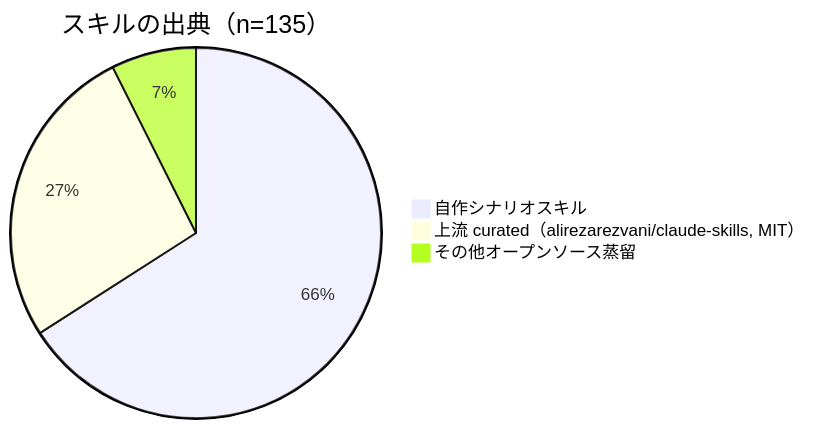
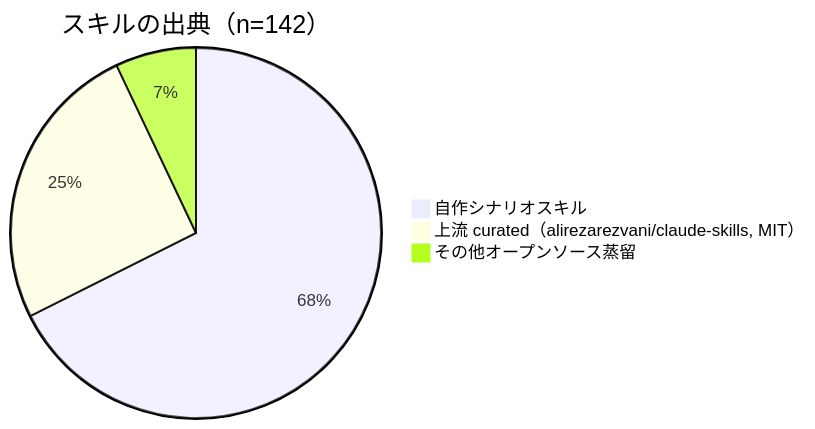
The second of 3 diagrams in README.ja.md (Morningstar202604/awesome-skillkit), drawn with Mermaid before and after one commit. The commit also changed other lines of this file and 13 other files, not shown here.

````diff
--- a/README.ja.md
+++ b/README.ja.md
@@ -44,6 +44,6 @@
 ```mermaid
-pie title スキルの出典（n=135）
-    "自作シナリオスキル" : 89
+pie title スキルの出典（n=142）
+    "自作シナリオスキル" : 96
     "上流 curated（alirezarezvani/claude-skills, MIT）" : 36
     "その他オープンソース蒸留" : 10
 ```
````
